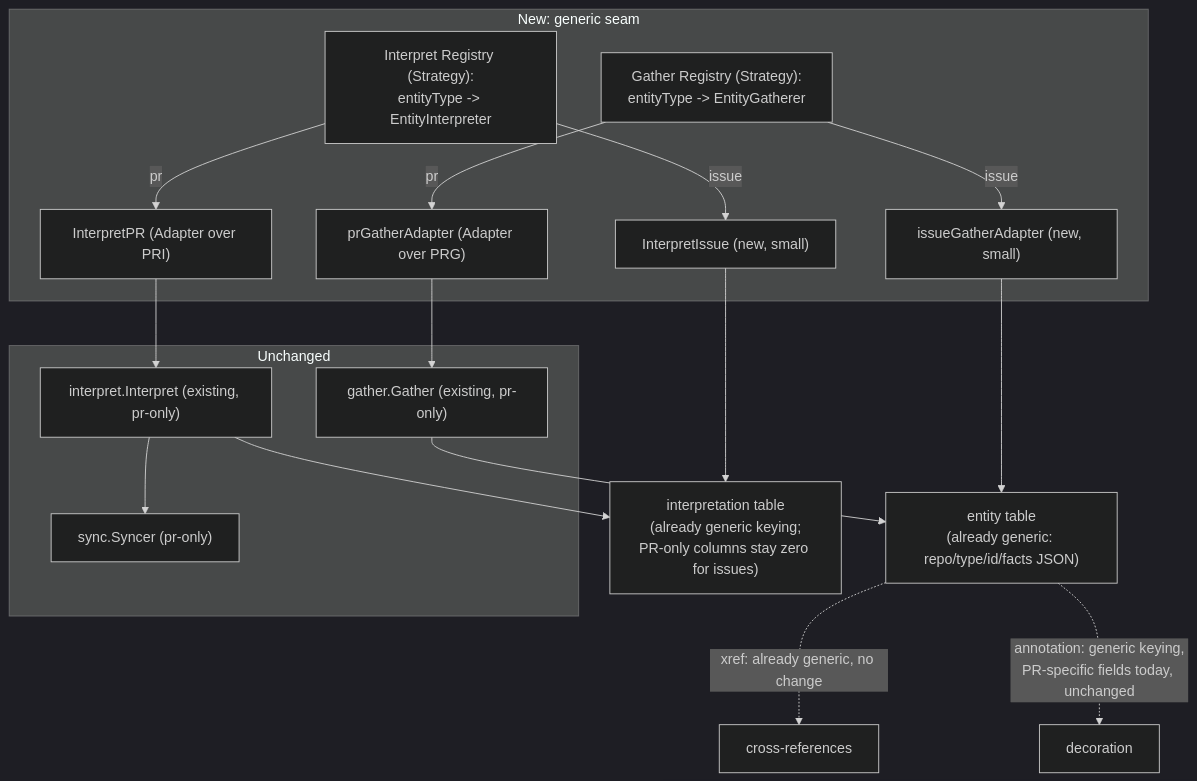
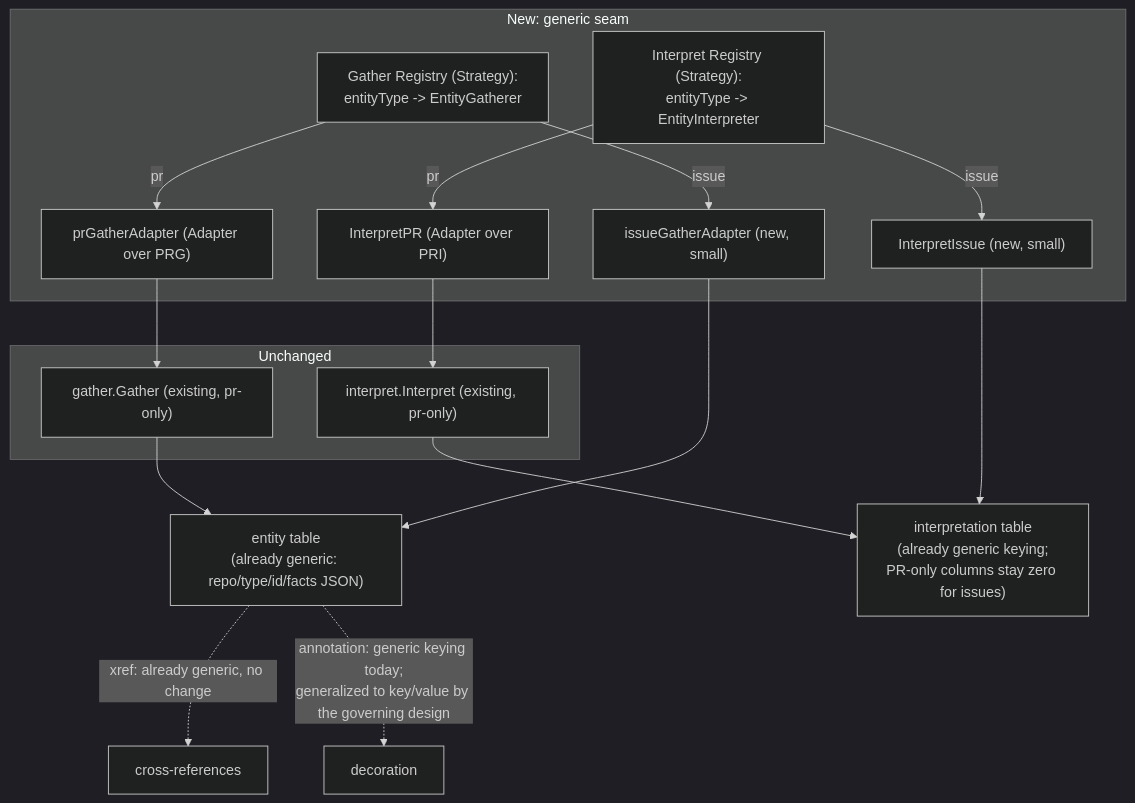
Before and after one commit to phillipgreenii/nix-agent-support: the diagram in docs/superpowers/specs/2026-09-23-pg-desk-generic-entity-pipeline-design.md, drawn with Mermaid (dark theme). The commit also changed other lines of this file, not shown here.

First line of the commit message:
docs(pg2-2j5ac.46): amend generic entity pipeline design per entity change flow design S23

````diff
--- a/docs/superpowers/specs/2026-09-23-pg-desk-generic-entity-pipeline-design.md
+++ b/docs/superpowers/specs/2026-09-23-pg-desk-generic-entity-pipeline-design.md
@@ -68,27 +114,25 @@
 ```mermaid
 flowchart TD
     subgraph unchanged["Unchanged"]
         PRG["gather.Gather (existing, pr-only)"]
         PRI["interpret.Interpret (existing, pr-only)"]
-        PRS["sync.Syncer (pr-only)"]
     end
     subgraph new["New: generic seam"]
         GREG["Gather Registry (Strategy):\nentityType -> EntityGatherer"]
         IREG["Interpret Registry (Strategy):\nentityType -> EntityInterpreter"]
         ISSG["issueGatherAdapter (new, small)"]
         ISSI["InterpretIssue (new, small)"]
         PRGA["prGatherAdapter (Adapter over PRG)"]
         PRIA["InterpretPR (Adapter over PRI)"]
     end
     GREG -->|"pr"| PRGA --> PRG
     GREG -->|"issue"| ISSG
     IREG -->|"pr"| PRIA --> PRI
     IREG -->|"issue"| ISSI
     PRG --> ENT["entity table\n(already generic: repo/type/id/facts JSON)"]
     ISSG --> ENT
     PRI --> INT["interpretation table\n(already generic keying;\nPR-only columns stay zero for issues)"]
     ISSI --> INT
-    PRI --> PRS
     ENT -.->|"xref: already generic, no change"| XREF["cross-references"]
-    ENT -.->|"annotation: generic keying,\nPR-specific fields today, unchanged"| ANNO["decoration"]
+    ENT -.->|"annotation: generic keying today;\ngeneralized to key/value by the governing design"| ANNO["decoration"]
 ```
````
